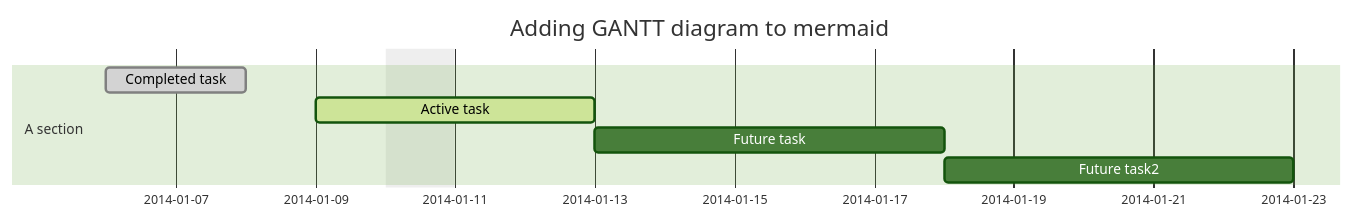
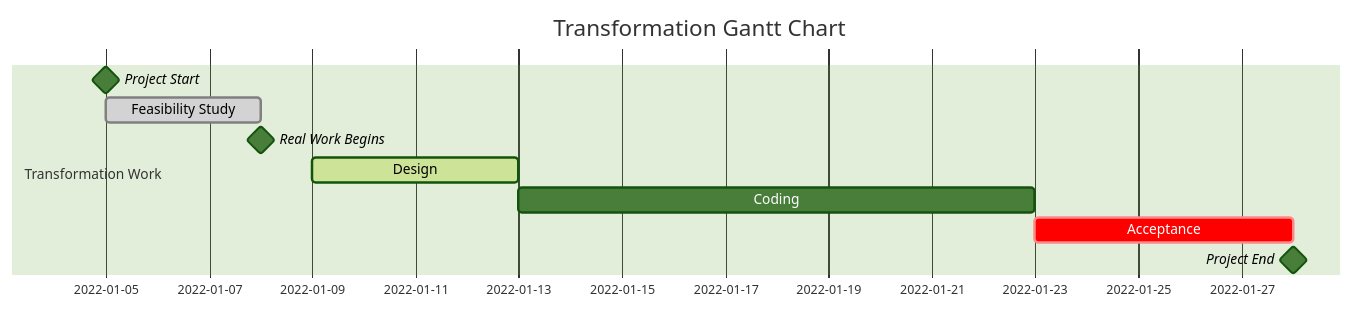
One commit to jcouball/notes changed the fourth of 8 diagrams in docs/mermaid.md. Above: the diagram before and after it, drawn with Mermaid (forest theme). The commit also changed other lines of this file and 1 other file, not shown here.

Commit message:
Update Mermaid examples (#13)

````diff
--- a/docs/mermaid.md
+++ b/docs/mermaid.md
@@ -66,12 +84,16 @@
 ``` mermaid
+---
+title: Transformation Gantt Chart
+---
 gantt
   dateFormat  YYYY-MM-DD
-  title Adding GANTT diagram to mermaid
-  excludes weekdays 2014-01-10
 
-  section A section
-  Completed task            :done,    des1, 2014-01-06,2014-01-08
-  Active task               :active,  des2, 2014-01-09, 3d
-  Future task               :         des3, after des2, 5d
-  Future task2              :         des4, after des3, 5d
+  section Transformation Work
+    Project Start:     milestone, m0, 2022-01-05, 0d
+    Feasibility Study: done,      task1, after m0, 2022-01-08
+    Real Work Begins:  milestone, m1, after task1, 0d
+    Design:            active,    tast2, 2022-01-09, 4d
+    Coding:                       task3, after tast2, 10d
+    Acceptance:        crit,      task4, after task3, 5d
+    Project End:       milestone, m2, after task4, 0d
 ```
````
